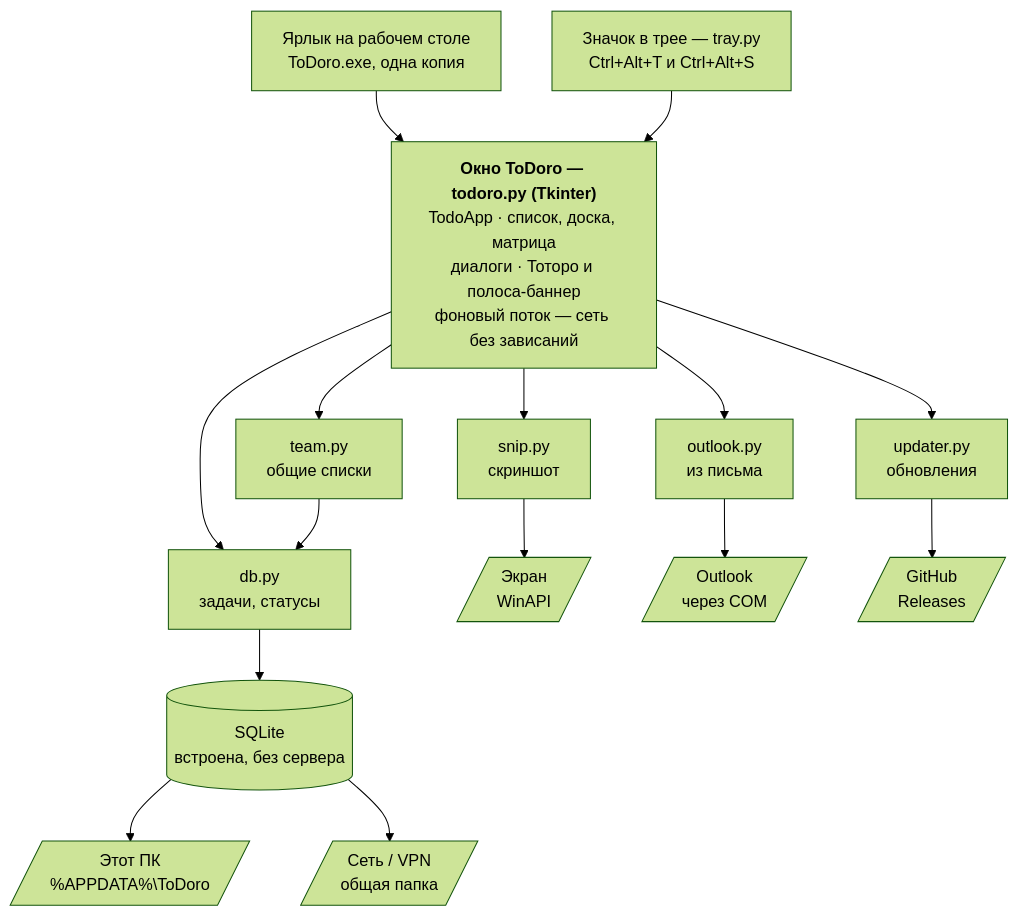
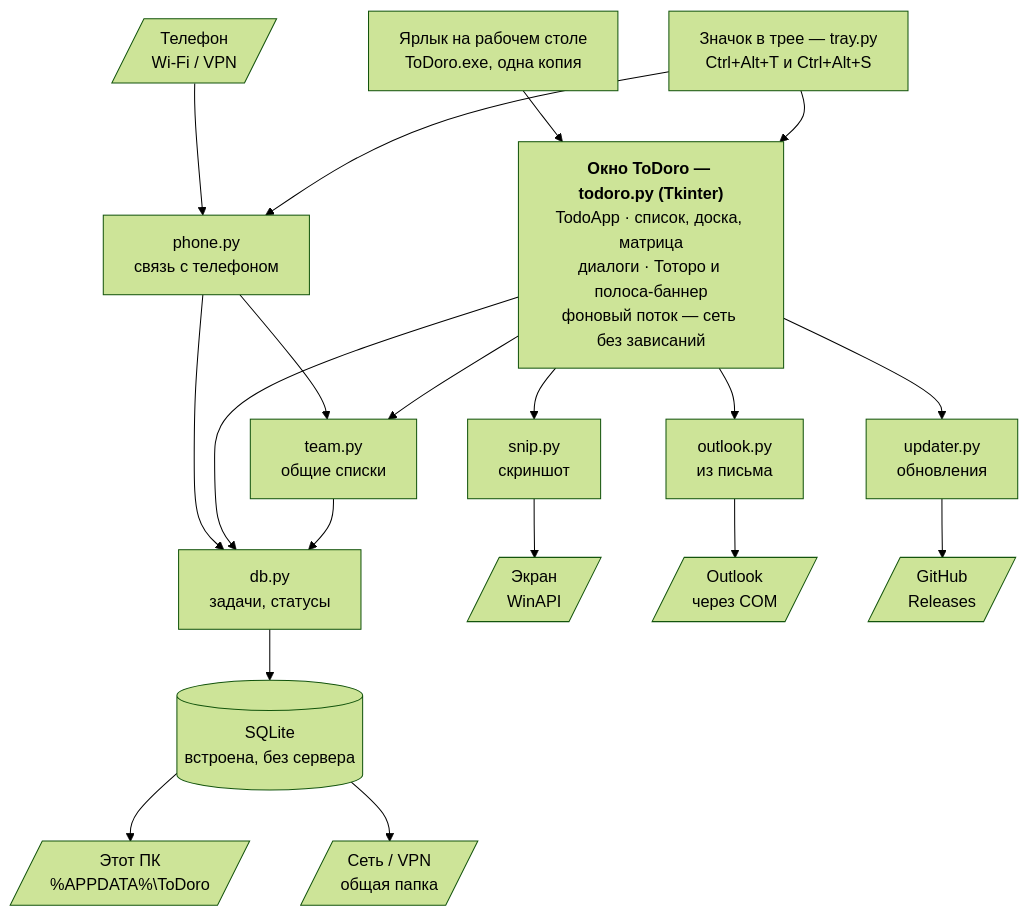
One commit to machinist-soft/ToDoro changed the diagram in README.md. Above: the diagram before and after it, drawn with Mermaid (forest theme). The commit also changed other lines of this file and 6 other files, not shown here.

First line of the commit message:
Связь с телефоном, этап 1: сервер в значке в трее и окно «Подключить телефон» с QR-кодом

````diff
--- a/README.md
+++ b/README.md
@@ -216,32 +218,37 @@
 ```mermaid
 flowchart TB
     shortcut["Ярлык на рабочем столе<br/>ToDoro.exe, одна копия"]
     trayicon["Значок в трее — tray.py<br/>Ctrl+Alt+T и Ctrl+Alt+S"]
 
     app["<b>Окно ToDoro — todoro.py (Tkinter)</b><br/>TodoApp · список, доска, матрица<br/>диалоги · Тоторо и полоса-баннер<br/>фоновый поток — сеть без зависаний"]
 
     shortcut --> app
     trayicon --> app
+    phonepy["phone.py<br/>связь с телефоном"]
+    mobile[/"Телефон<br/>Wi-Fi / VPN"/]
+    mobile --> phonepy
+    trayicon --> phonepy
+    phonepy --> dbpy & teampy
 
     dbpy["db.py<br/>задачи, статусы"]
     teampy["team.py<br/>общие списки"]
     snippy["snip.py<br/>скриншот"]
     outlookpy["outlook.py<br/>из письма"]
     updaterpy["updater.py<br/>обновления"]
     sqlite[("SQLite<br/>встроена, без сервера")]
 
     app --> dbpy & teampy & snippy & outlookpy & updaterpy
     teampy --> dbpy
     dbpy --> sqlite
 
     pc[/"Этот ПК<br/>%APPDATA%\ToDoro"/]
     net[/"Сеть / VPN<br/>общая папка"/]
     screen[/"Экран<br/>WinAPI"/]
     outlook[/"Outlook<br/>через COM"/]
     github[/"GitHub<br/>Releases"/]
 
     sqlite --> pc & net
     snippy --> screen
     outlookpy --> outlook
     updaterpy --> github
 ```
````
